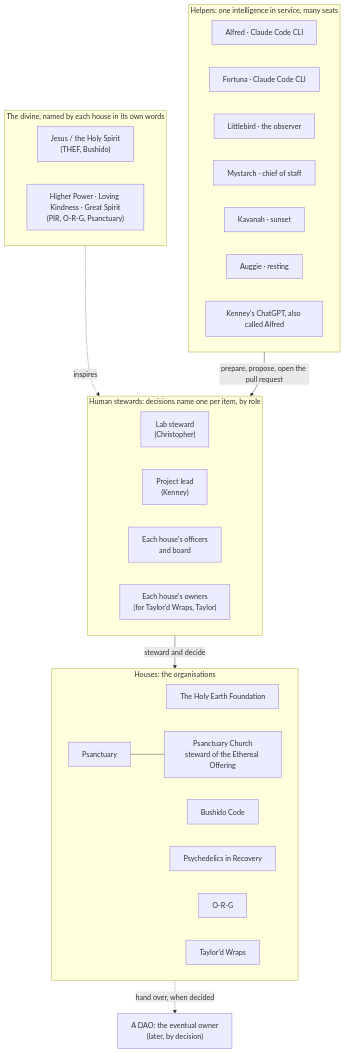
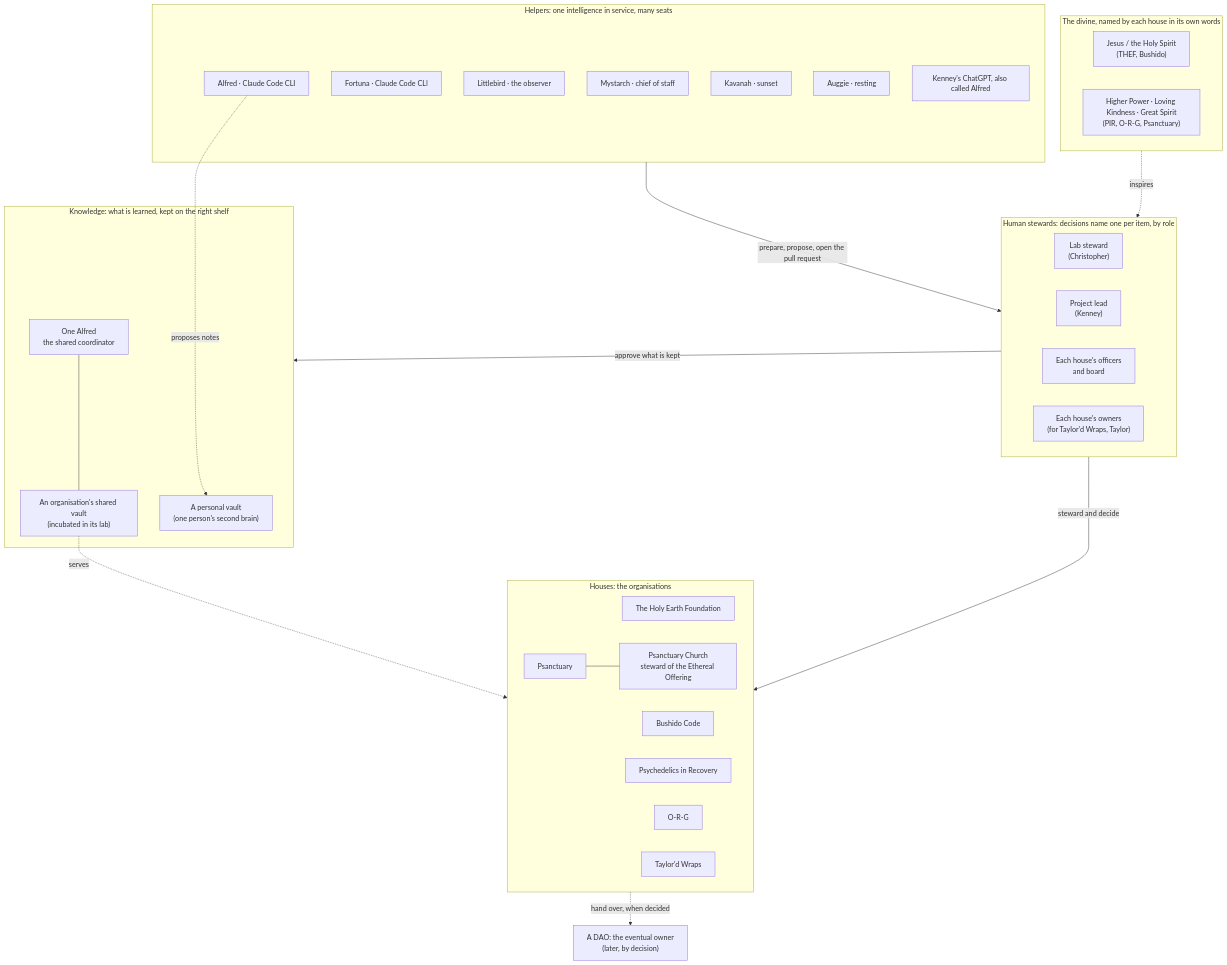
Before and after one commit to drasticstatic/my-template: the diagram in ENTITIES.md, drawn with Mermaid. The commit also changed other lines of this file, not shown here.

First line of the commit message:
:memo: docs(entities): the knowledge layer on the map, by role

````diff
--- a/ENTITIES.md
+++ b/ENTITIES.md
@@ -30,42 +30,52 @@
 ```mermaid
 flowchart TB
   subgraph SOURCE["The divine, named by each house in its own words"]
     J["Jesus / the Holy Spirit<br/>(THEF, Bushido)"]
     H["Higher Power · Loving Kindness · Great Spirit<br/>(PIR, O-R-G, Psanctuary)"]
   end
 
   subgraph PEOPLE["Human stewards: decisions name one per item, by role"]
     CS["Lab steward<br/>(Christopher)"]
     KL["Project lead<br/>(Kenney)"]
     OF["Each house's officers<br/>and board"]
     OW["Each house's owners<br/>(for Taylor'd Wraps, Taylor)"]
   end
 
   subgraph HOUSES["Houses: the organisations"]
     THEF["The Holy Earth Foundation"]
     BU["Bushido Code"]
     PIR["Psychedelics in Recovery"]
     PS["Psanctuary"]
     PC["Psanctuary Church<br/>steward of the Ethereal Offering"]
     ORG["O-R-G"]
     TW["Taylor'd Wraps"]
   end
 
   DAO["A DAO: the eventual owner<br/>(later, by decision)"]
 
   subgraph HELPERS["Helpers: one intelligence in service, many seats"]
     AL["Alfred · Claude Code CLI"]
     FO["Fortuna · Claude Code CLI"]
     LB["Littlebird · the observer"]
     MY["Mystarch · chief of staff"]
     KA["Kavanah · sunset"]
     AU["Auggie · resting"]
     KG["Kenney's ChatGPT, also called Alfred"]
   end
 
+  subgraph KNOW["Knowledge: what is learned, kept on the right shelf"]
+    PV["A personal vault<br/>(one person's second brain)"]
+    OV["An organisation's shared vault<br/>(incubated in its lab)"]
+    OA["One Alfred<br/>the shared coordinator"]
+  end
+
   SOURCE -. "inspires" .-> PEOPLE
   PEOPLE -- "steward and decide" --> HOUSES
   HOUSES -. "hand over, when decided" .-> DAO
   HELPERS -- "prepare, propose, open the pull request" --> PEOPLE
   PS --- PC
+  AL -. "proposes notes" .-> PV
+  OA --- OV
+  OV -. "serves" .-> HOUSES
+  PEOPLE -- "approve what is kept" --> KNOW
 ```
````
